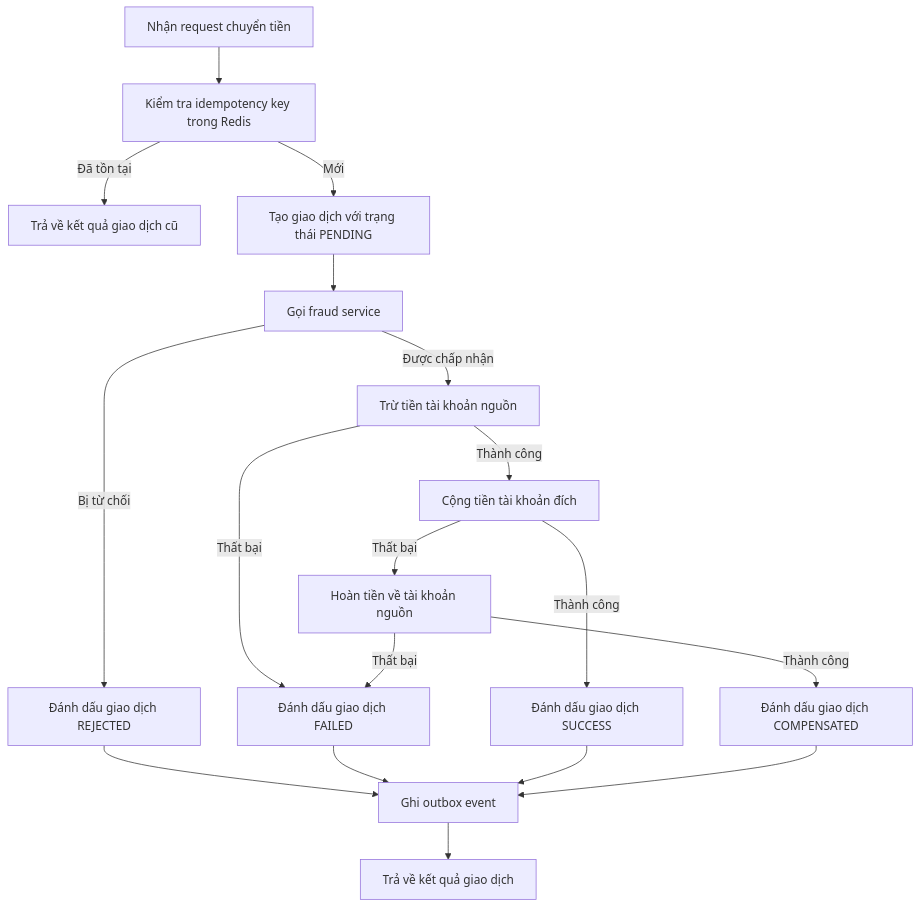
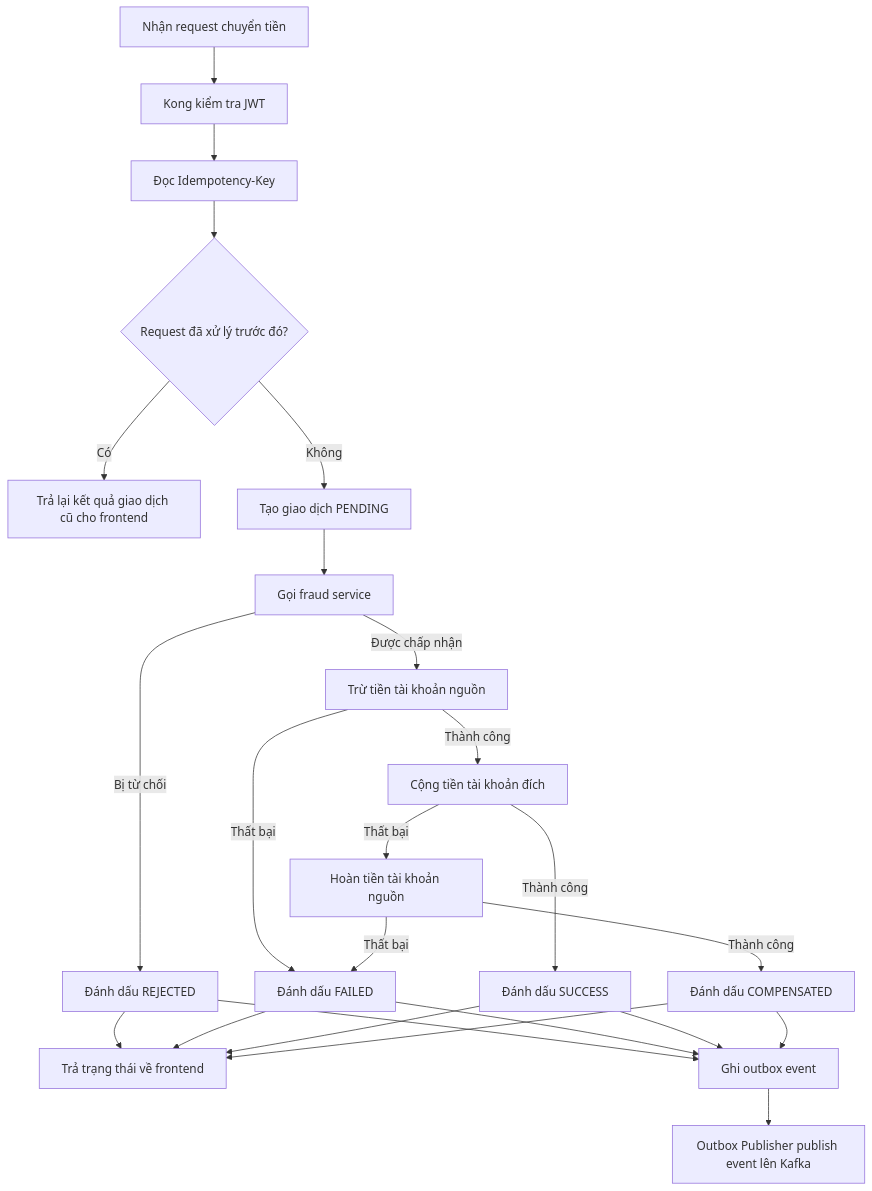
The fourth of 5 diagrams in docs/analysis-and-design-ddd.md (HungDung2012/mini-banking-transfer-system), drawn with Mermaid before and after one commit. The commit also changed other lines of this file and 3 other files, not shown here.

````diff
--- a/docs/analysis-and-design-ddd.md
+++ b/docs/analysis-and-design-ddd.md
@@ -204,20 +242,26 @@
 ```mermaid
 flowchart TD
-    A[Nhận request chuyển tiền] --> B[Kiểm tra idempotency key trong Redis]
-    B -->|Đã tồn tại| C[Trả về kết quả giao dịch cũ]
-    B -->|Mới| D[Tạo giao dịch với trạng thái PENDING]
-    D --> E[Gọi fraud service]
-    E -->|Bị từ chối| F[Đánh dấu giao dịch REJECTED]
-    E -->|Được chấp nhận| G[Trừ tiền tài khoản nguồn]
-    G -->|Thất bại| H[Đánh dấu giao dịch FAILED]
-    G -->|Thành công| I[Cộng tiền tài khoản đích]
-    I -->|Thành công| J[Đánh dấu giao dịch SUCCESS]
-    I -->|Thất bại| K[Hoàn tiền về tài khoản nguồn]
-    K -->|Thành công| L[Đánh dấu giao dịch COMPENSATED]
-    K -->|Thất bại| H
-    F --> M[Ghi outbox event]
-    H --> M
-    J --> M
-    L --> M
-    M --> N[Trả về kết quả giao dịch]
+    A[Nhận request chuyển tiền] --> B[Kong kiểm tra JWT]
+    B --> C[Đọc Idempotency-Key]
+    C --> D{Request đã xử lý trước đó?}
+    D -->|Có| E[Trả lại kết quả giao dịch cũ cho frontend]
+    D -->|Không| F[Tạo giao dịch PENDING]
+    F --> G[Gọi fraud service]
+    G -->|Bị từ chối| H[Đánh dấu REJECTED]
+    G -->|Được chấp nhận| I[Trừ tiền tài khoản nguồn]
+    I -->|Thất bại| J[Đánh dấu FAILED]
+    I -->|Thành công| K[Cộng tiền tài khoản đích]
+    K -->|Thành công| L[Đánh dấu SUCCESS]
+    K -->|Thất bại| M[Hoàn tiền tài khoản nguồn]
+    M -->|Thành công| N[Đánh dấu COMPENSATED]
+    M -->|Thất bại| J
+    H --> O[Trả trạng thái về frontend]
+    J --> O
+    L --> O
+    N --> O
+    H --> P[Ghi outbox event]
+    J --> P
+    L --> P
+    N --> P
+    P --> Q[Outbox Publisher publish event lên Kafka]
 ```
````
